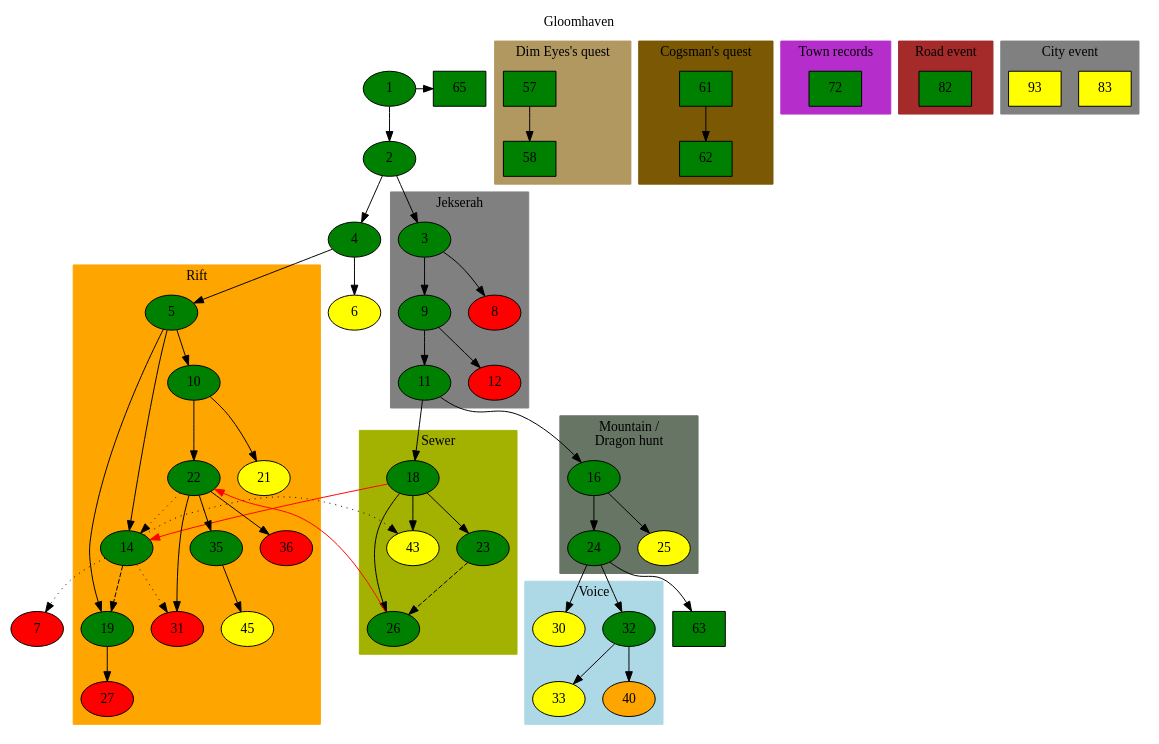
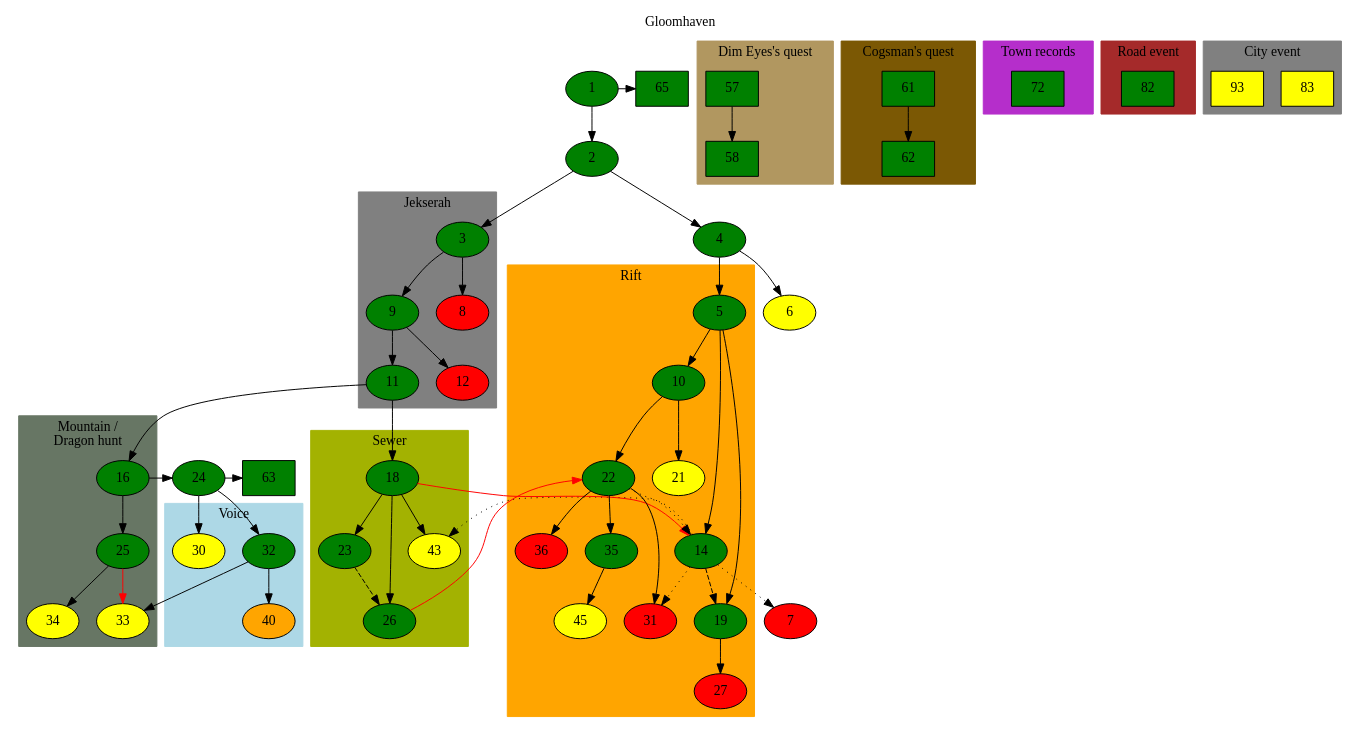
The diagram in scenarios.dot (PickledChris/gloomhaven-scenario-tracking), drawn with Graphviz before and after one commit. The commit also changed 1 other file, not shown here.

```diff
--- a/scenarios.dot
+++ b/scenarios.dot
@@ -1,136 +1,139 @@
 digraph world {
 	label="Gloomhaven";
 	labelloc="top";
 
 	# Normal, completed
-	1,2,3,4,5,9,10,11,14,16,18,19,22,23,24,26,32,35 [style=filled fillcolor="green"];
+	1,2,3,4,5,9,10,11,14,16,18,19,22,23,24,25,26,32,35 [style=filled fillcolor="green"];
 	# Normal, incomplete
-	6,21,25,30,33,43,45 [style=filled fillcolor="yellow"];
+	6,21,30,33,34,43,45 [style=filled fillcolor="yellow"];
 	# Normal, incomplete, requirements not met
 	40 [style=filled fillcolor="orange"];
 	# Normal, uncompletable
 	7,8,12,27,31,36 [style=filled fillcolor="red"];
 
 	# Side, completed
 	## Personal quest
 	57,58,61,62 [style=filled fillcolor="green" shape=box]; 
 	## Random reward
 	63,65 [style=filled fillcolor="green" shape=box]; 
 	{rank=same; 1 65;}
+	{rank=same; 24 63;}
 	# Complete
 	72 [style=filled fillcolor="green" shape=box]; 
 
 	# Road/City
 	# Complete
 	82 [style=filled fillcolor="green" shape=box]; 
 	# Incomplete
 	83,93 [style=filled fillcolor="yellow" shape=box]; 
 
 	1 -> 2;
 	1 -> 65;
 
 	2 -> 3;
 	2 -> 4;
 	4 -> 5;
 	4 -> 6;
 	14 -> 7 [style="dotted"]; # Reference
 	14 -> 31 [style="dotted"]; # Reference
 	14 -> 43 [style="dotted"]; # Reference
 	11 -> 16;
 	11 -> 18;
 	18 -> 14 [color="red"];
 	26 -> 22 [color="red"];
 	23 -> 26 [style="dashed"]; # Unlocked 
 	24 -> 63;
 
 
 	subgraph cluster_0 {
 		label = "Jekserah";
 		style = "filled";
 		color = "grey";
 		3 -> 8;
 		3 -> 9;
 		9 -> 11;
 		9 -> 12;
 	}
 
 	subgraph cluster_1 {
 		label = "Rift";
 		style = "filled";
 		color = "orange";
 		5 -> 10;
 		5 -> 14;
 		5 -> 19;
 		14 -> 19 [style="dashed"]; # Unlocks
 		19 -> 27;
 		10 -> 21;
 		10 -> 22;
 		22 -> 14 [style="dotted"]; # Reference
 		22 -> 31;
 		22 -> 35;
 		22 -> 36;
 		35 -> 45;
 	}
 
 	subgraph cluster_2 {
 		label = "Mountain / \n Dragon hunt";
 		style = "filled";
 		color = "#677664";
 		16 -> 24;
 		16 -> 25;
+		25 -> 33 [color="red"];
+		25 -> 34;
 	}
 
 	subgraph cluster_3 {
 		label = "Voice";
 		style = "filled";
 		color = "lightblue";
 		24 -> 32;
 		24 -> 30;
 		32 -> 33;
 		32 -> 40;
 	}
 
 	subgraph cluster_4 {
 		label = "Sewer";
 		style = "filled";
 		color = "#a3b201";
 		18 -> 23;
 		18 -> 26;
 		18 -> 43;
 	}
 
 	subgraph cluster_10 {
 		label = "Cogsman's quest";
 		style = "filled";
 		color = "#7b5804";
 		61 -> 62;
 	}
 
 	subgraph cluster_11 {
 		label = "Dim Eyes's quest";
 		style = "filled";
 		color = "#b19760";
 		57-> 58;
 	}
 
 	subgraph cluster_20 {
 		label = "City event";
 		style = "filled";
 		color = "grey";
 		83,93;
 	}
 
 	subgraph cluster_21 {
 		label = "Road event";
 		style = "filled";
 		color = "brown";
 		82;
 	}
 
 	subgraph cluster_22 {
 		label = "Town records";
 		style = "filled";
 		color = "#b52ecb";
 		72;
 	}
 }
```
